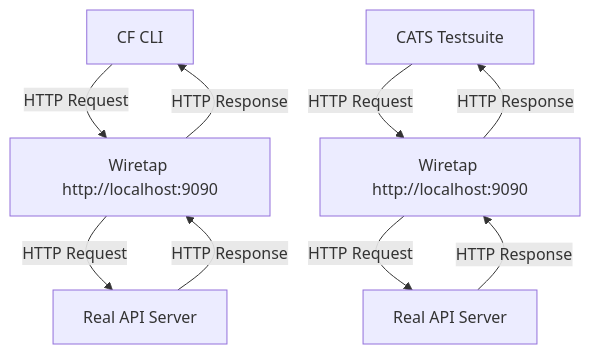
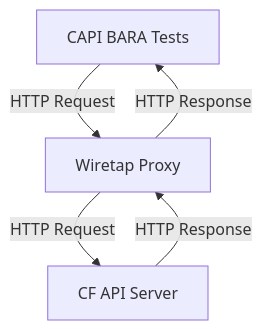
One commit to cloudfoundry/cf-openapi changed the diagram in README.md. Above: the diagram before and after it, drawn with Mermaid. The commit also changed other lines of this file and 1 other file, not shown here.

````diff
--- a/README.md
+++ b/README.md
@@ -71,12 +88,7 @@
 ```mermaid
 flowchart TD
-      A[CF CLI] -->|HTTP Request| B[Wiretap http://localhost:9090]
-      B -->|HTTP Request| C[Real API Server]
+      A[CAPI BARA Tests] -->|HTTP Request| B[Wiretap Proxy]
+      B -->|HTTP Request| C[CF API Server]
       C -->|HTTP Response| B
       B -->|HTTP Response| A
-
-      A2[CATS Testsuite] -->|HTTP Request| B2[Wiretap http://localhost:9090]
-      B2 -->|HTTP Request| C2[Real API Server]
-      C2 -->|HTTP Response| B2
-      B2 -->|HTTP Response| A2
 ```
````
